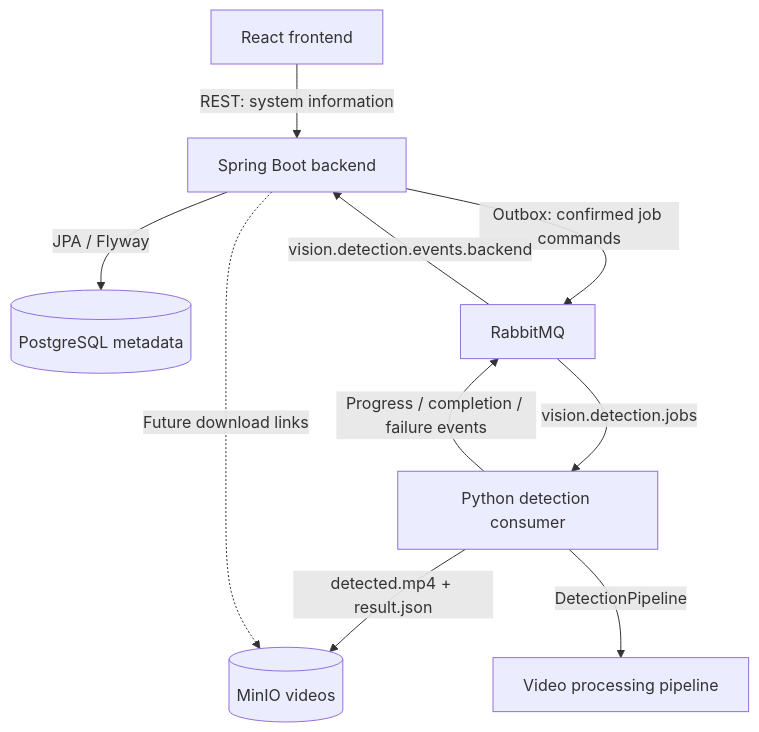
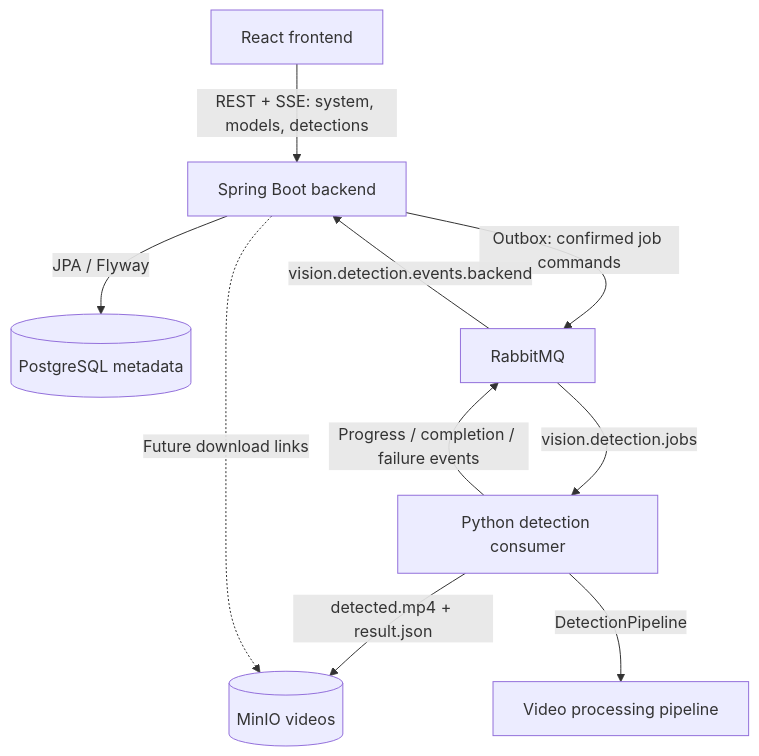
One commit to huangdat/YOLO-Vision-Studio---AI-Video-Object-Detection-Platform changed the diagram in docs/architecture.md. Above: the diagram before and after it, drawn with Mermaid. The commit also changed other lines of this file and 39 other files, not shown here.

````diff
--- a/docs/architecture.md
+++ b/docs/architecture.md
@@ -7,12 +7,12 @@
 ```mermaid
 flowchart TD
-    frontend[React frontend] -->|REST: system information| backend[Spring Boot backend]
+    frontend[React frontend] -->|REST + SSE: system, models, detections| backend[Spring Boot backend]
     backend -->|JPA / Flyway| postgres[(PostgreSQL metadata)]
     backend -->|Outbox: confirmed job commands| rabbit[RabbitMQ]
     rabbit -->|vision.detection.jobs| worker[Python detection consumer]
     worker -->|Progress / completion / failure events| rabbit
     rabbit -->|vision.detection.events.backend| backend
     worker -->|detected.mp4 + result.json| minio[(MinIO videos)]
     worker -->|DetectionPipeline| pipeline[Video processing pipeline]
     backend -.->|Future download links| minio
 ```
````
